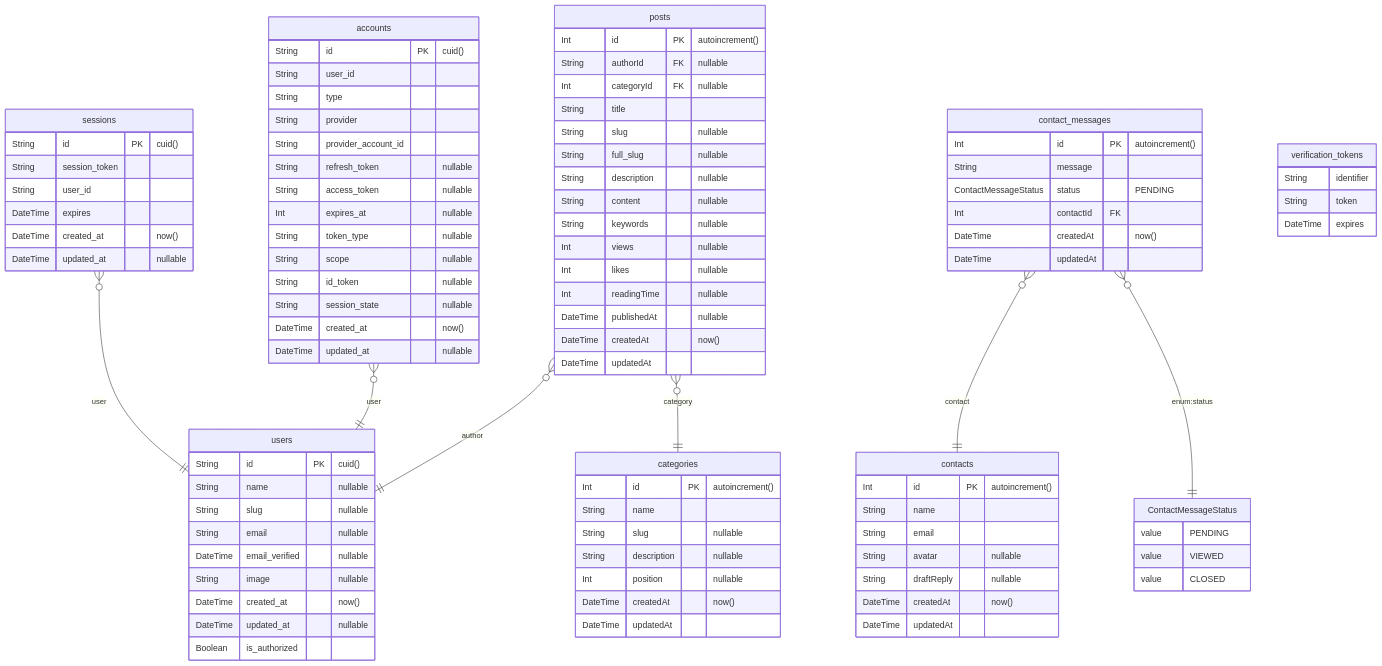
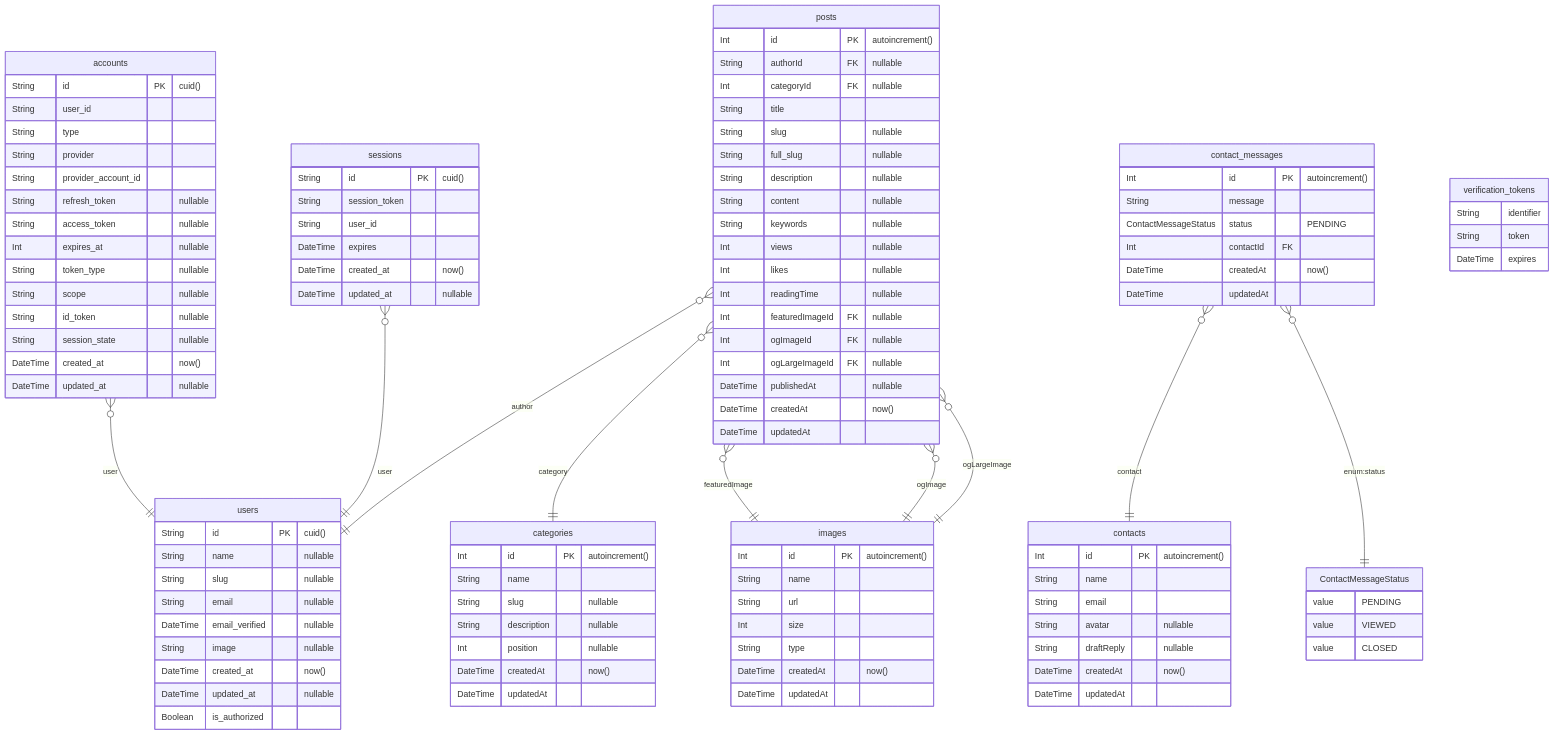
One commit to boleknowak/piotrdoniak.com changed the diagram in prisma/ERD.md. Above: the diagram before and after it, drawn with Mermaid. The commit also changed 20 other files, not shown here.

Commit message:
:tada: added s3 support and featured image uploader

```diff
--- a/prisma/ERD.md
+++ b/prisma/ERD.md
@@ -4,6 +4,15 @@
 		value PENDING
 		value VIEWED
 		value CLOSED
+	}
+	images {
+		Int id PK  "autoincrement()"
+		String name
+		String url
+		Int size
+		String type
+		DateTime createdAt  "now()"
+		DateTime updatedAt
 	}
 	posts {
 		Int id PK  "autoincrement()"
@@ -18,6 +27,9 @@
 		Int views  "nullable"
 		Int likes  "nullable"
 		Int readingTime  "nullable"
+		Int featuredImageId FK  "nullable"
+		Int ogImageId FK  "nullable"
+		Int ogLargeImageId FK  "nullable"
 		DateTime publishedAt  "nullable"
 		DateTime createdAt  "now()"
 		DateTime updatedAt
@@ -90,6 +102,9 @@
 	}
 	posts }o--|| users : author
 	posts }o--|| categories : category
+	posts }o--|| images : featuredImage
+	posts }o--|| images : ogImage
+	posts }o--|| images : ogLargeImage
 	contact_messages }o--|| contacts : contact
 	contact_messages }o--|| ContactMessageStatus : "enum:status"
 	accounts }o--|| users : user
```
